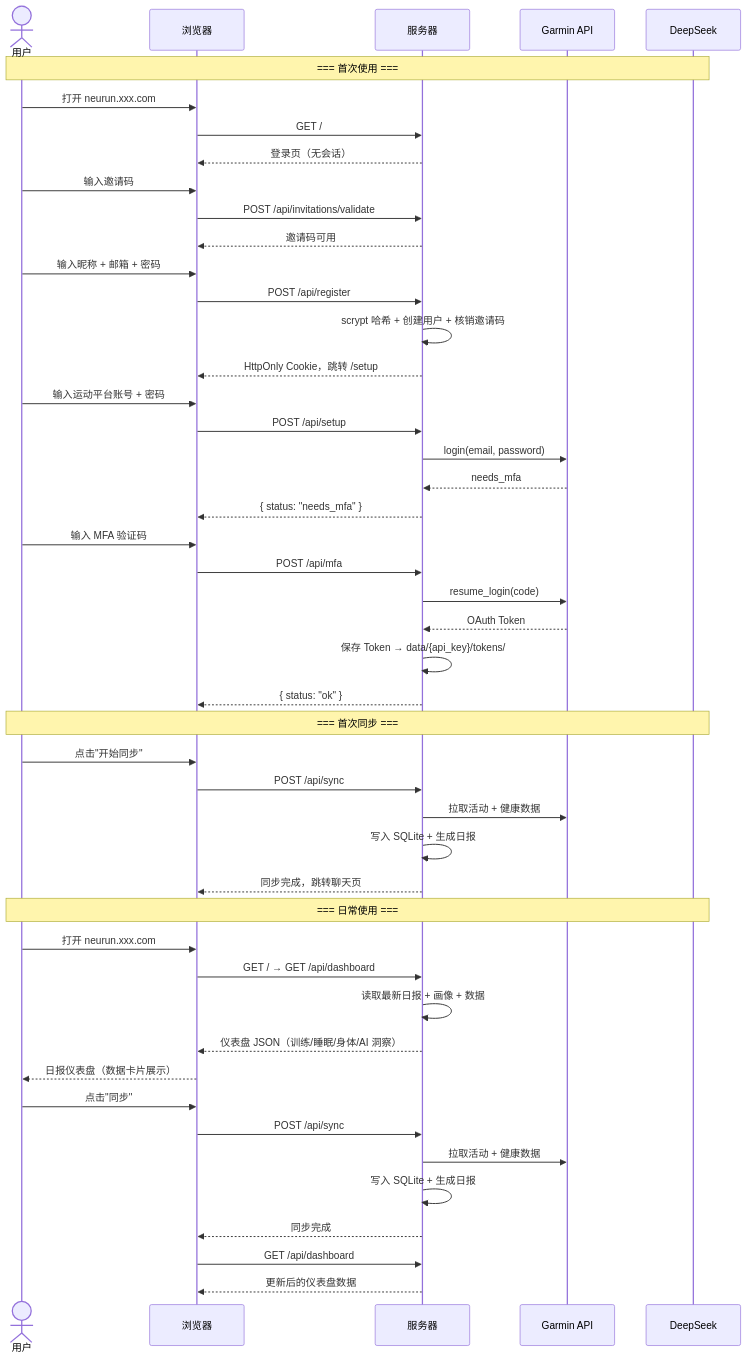
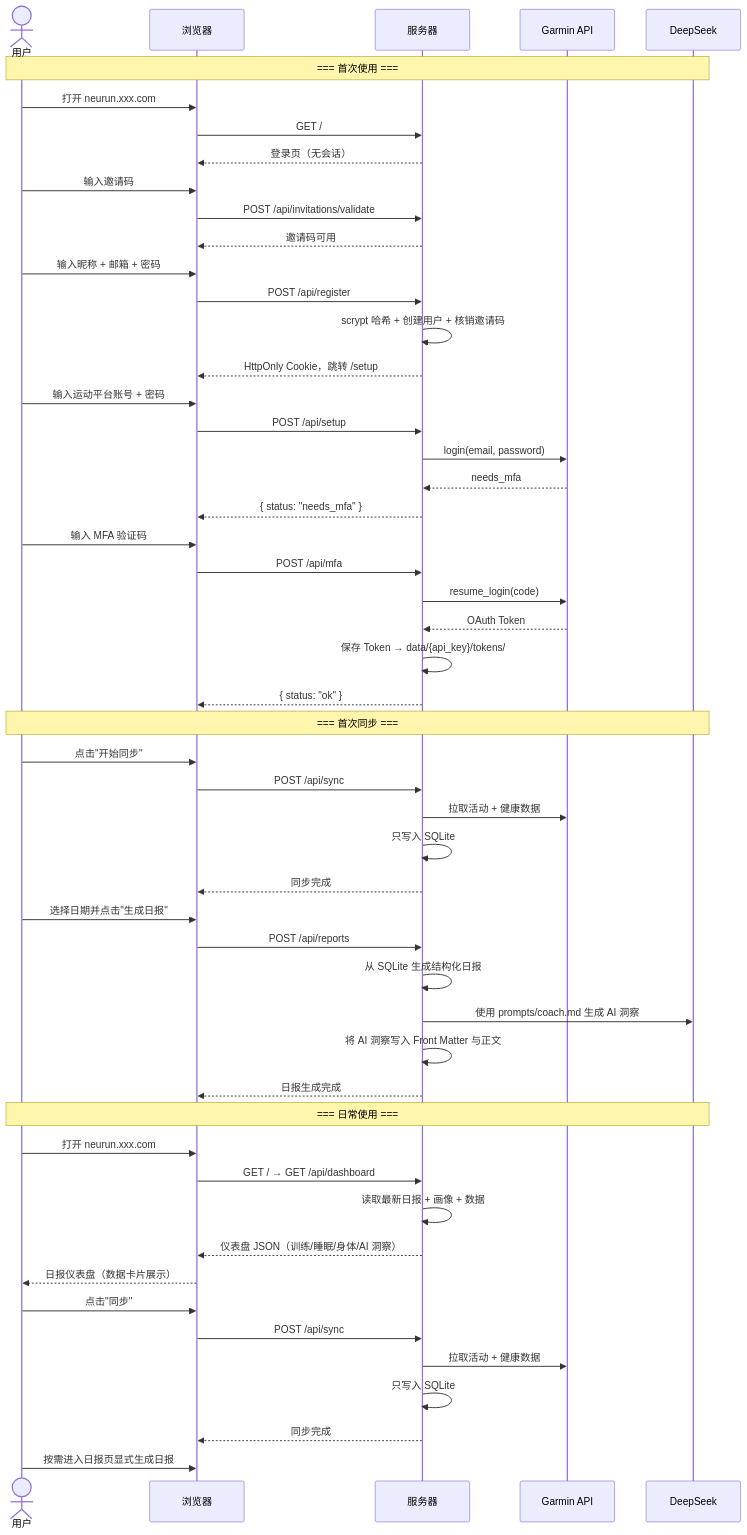
One commit to qd1993102/rundown changed the second of 2 diagrams in docs/design/13-sae-deployment.md. Above: the diagram before and after it, drawn with Mermaid. The commit also changed other lines of this file and 14 other files, not shown here.

````diff
--- a/docs/design/13-sae-deployment.md
+++ b/docs/design/13-sae-deployment.md
@@ -56,58 +56,63 @@
 ```mermaid
 sequenceDiagram
     actor User as 用户
     participant Web as 浏览器
     participant VPS as 服务器
     participant Garmin as Garmin API
     participant DS as DeepSeek
 
     Note over User,DS: === 首次使用 ===
 
     User->>Web: 打开 neurun.xxx.com
     Web->>VPS: GET /
     VPS-->>Web: 登录页（无会话）
     User->>Web: 输入邀请码
     Web->>VPS: POST /api/invitations/validate
     VPS-->>Web: 邀请码可用
     User->>Web: 输入昵称 + 邮箱 + 密码
     Web->>VPS: POST /api/register
     VPS->>VPS: scrypt 哈希 + 创建用户 + 核销邀请码
     VPS-->>Web: HttpOnly Cookie，跳转 /setup
 
     User->>Web: 输入运动平台账号 + 密码
     Web->>VPS: POST /api/setup
     VPS->>Garmin: login(email, password)
     Garmin-->>VPS: needs_mfa
     VPS-->>Web: { status: "needs_mfa" }
 
     User->>Web: 输入 MFA 验证码
     Web->>VPS: POST /api/mfa
     VPS->>Garmin: resume_login(code)
     Garmin-->>VPS: OAuth Token
     VPS->>VPS: 保存 Token → data/{api_key}/tokens/
     VPS-->>Web: { status: "ok" }
 
     Note over User,DS: === 首次同步 ===
 
     User->>Web: 点击"开始同步"
     Web->>VPS: POST /api/sync
     VPS->>Garmin: 拉取活动 + 健康数据
-    VPS->>VPS: 写入 SQLite + 生成日报
-    VPS-->>Web: 同步完成，跳转聊天页
+    VPS->>VPS: 只写入 SQLite
+    VPS-->>Web: 同步完成
+    User->>Web: 选择日期并点击"生成日报"
+    Web->>VPS: POST /api/reports
+    VPS->>VPS: 从 SQLite 生成结构化日报
+    VPS->>DS: 使用 prompts/coach.md 生成 AI 洞察
+    VPS->>VPS: 将 AI 洞察写入 Front Matter 与正文
+    VPS-->>Web: 日报生成完成
 
     Note over User,DS: === 日常使用 ===
 
     User->>Web: 打开 neurun.xxx.com
     Web->>VPS: GET / → GET /api/dashboard
     VPS->>VPS: 读取最新日报 + 画像 + 数据
     VPS-->>Web: 仪表盘 JSON（训练/睡眠/身体/AI 洞察）
     Web-->>User: 日报仪表盘（数据卡片展示）
 
     User->>Web: 点击"同步"
     Web->>VPS: POST /api/sync
     VPS->>Garmin: 拉取活动 + 健康数据
-    VPS->>VPS: 写入 SQLite + 生成日报
+    VPS->>VPS: 只写入 SQLite
     VPS-->>Web: 同步完成
-    Web->>VPS: GET /api/dashboard
-    VPS-->>Web: 更新后的仪表盘数据
+    User->>Web: 按需进入日报页显式生成日报
 ```
````
